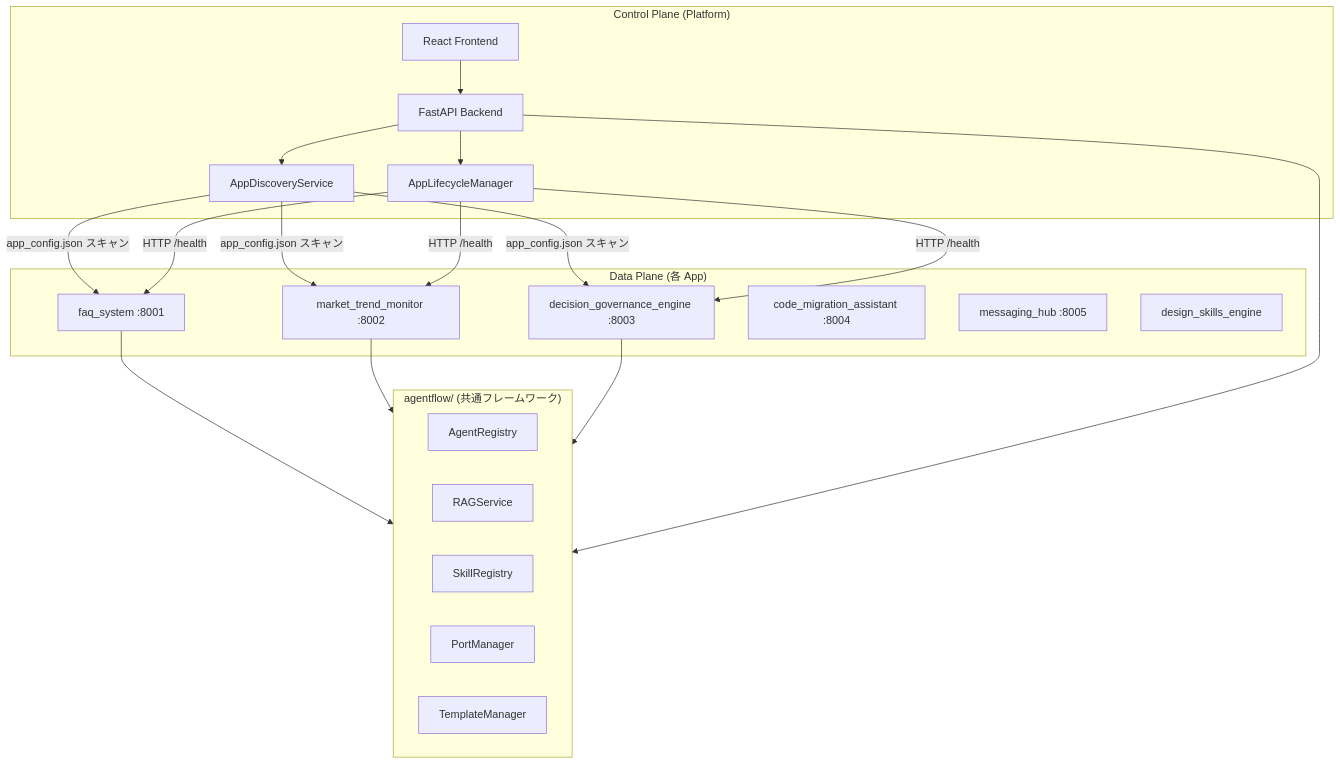
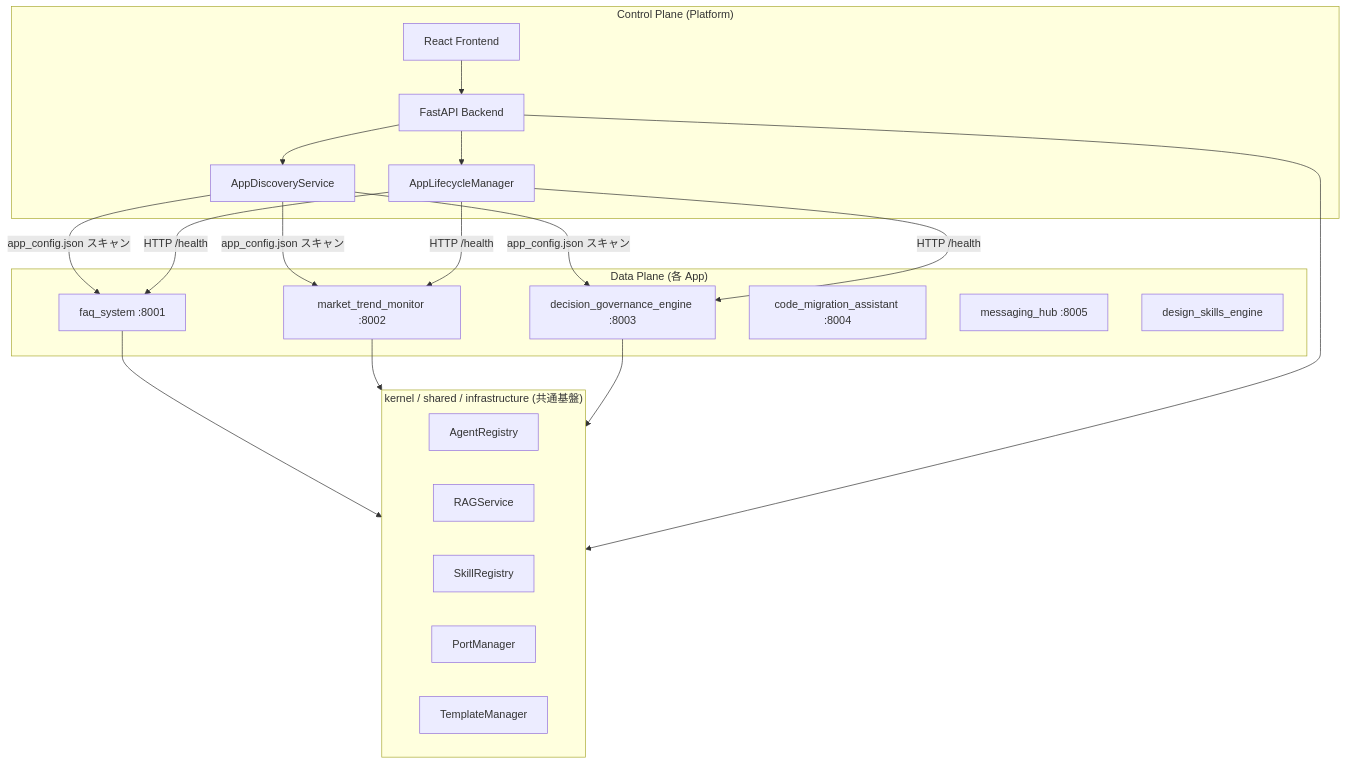
The first of 4 diagrams in control_plane/docs/architecture.md (liushuang393/serverlessAIAgents), drawn with Mermaid before and after one commit. The commit also changed other lines of this file and 134 other files, not shown here.

````diff
--- a/control_plane/docs/architecture.md
+++ b/control_plane/docs/architecture.md
@@ -13,40 +13,40 @@
 ```mermaid
 graph TB
     subgraph ControlPlane["Control Plane (Platform)"]
         UI["React Frontend"]
         API["FastAPI Backend"]
         Discovery["AppDiscoveryService"]
         Lifecycle["AppLifecycleManager"]
     end
 
     subgraph DataPlane["Data Plane (各 App)"]
         A1["faq_system :8001"]
         A2["market_trend_monitor :8002"]
         A3["decision_governance_engine :8003"]
         A4["code_migration_assistant :8004"]
         A5["messaging_hub :8005"]
         A6["design_skills_engine"]
     end
 
-    subgraph Framework["agentflow/ (共通フレームワーク)"]
+    subgraph Framework["kernel / shared / infrastructure (共通基盤)"]
         AR["AgentRegistry"]
         RAG["RAGService"]
         SK["SkillRegistry"]
         PM["PortManager"]
         TM["TemplateManager"]
     end
 
     UI --> API
     API --> Discovery
     API --> Lifecycle
     Discovery -->|"app_config.json スキャン"| A1
     Discovery -->|"app_config.json スキャン"| A2
     Discovery -->|"app_config.json スキャン"| A3
     Lifecycle -->|"HTTP /health"| A1
     Lifecycle -->|"HTTP /health"| A2
     Lifecycle -->|"HTTP /health"| A3
     A1 --> Framework
     A2 --> Framework
     A3 --> Framework
     API --> Framework
 ```
````
